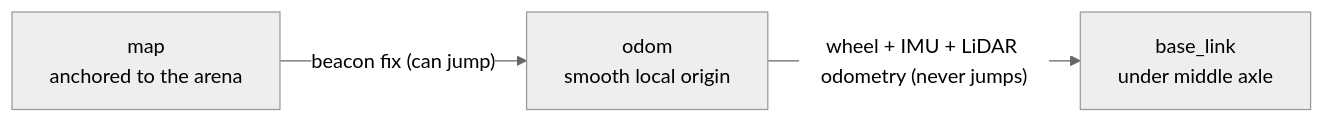
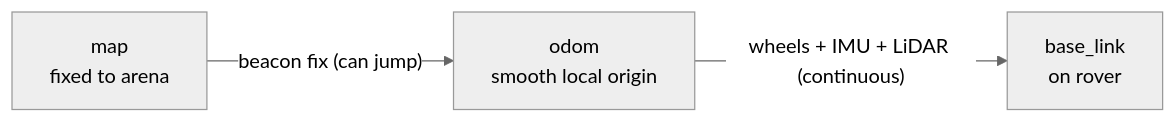
Before and after one commit to InnovaRobotics/innex-1: the first of 2 diagrams in docs/system/localisation.md, drawn with Mermaid (neutral theme). The commit also changed other lines of this file and 8 other files, not shown here.

````diff
--- a/docs/system/localisation.md
+++ b/docs/system/localisation.md
@@ -63,5 +57,5 @@
 ```mermaid
 flowchart LR
-    map["map<br/>anchored to the arena"] -->|"beacon fix (can jump)"| odom["odom<br/>smooth local origin"]
-    odom -->|"wheel + IMU + LiDAR odometry (never jumps)"| base["base_link<br/>under middle axle"]
+    map["map<br/>fixed to arena"] -->|"beacon fix (can jump)"| odom["odom<br/>smooth local origin"]
+    odom -->|"wheels + IMU + LiDAR (continuous)"| base["base_link<br/>on rover"]
 ```
````
